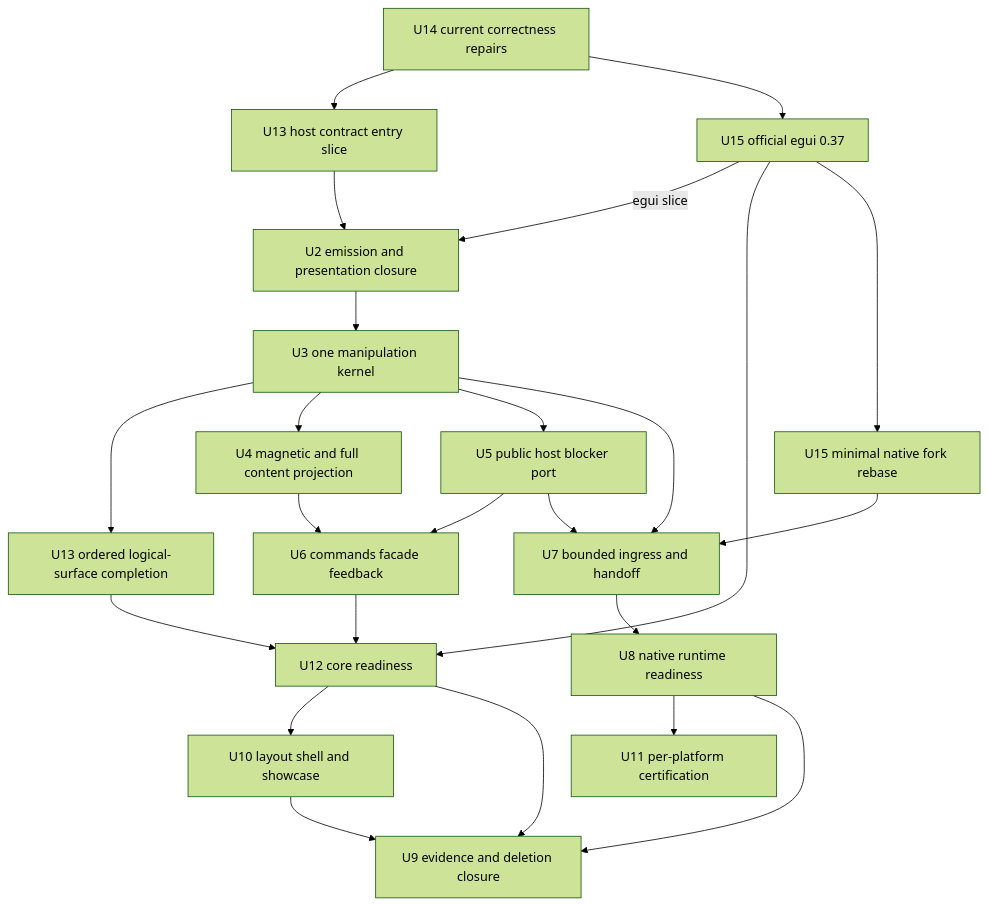
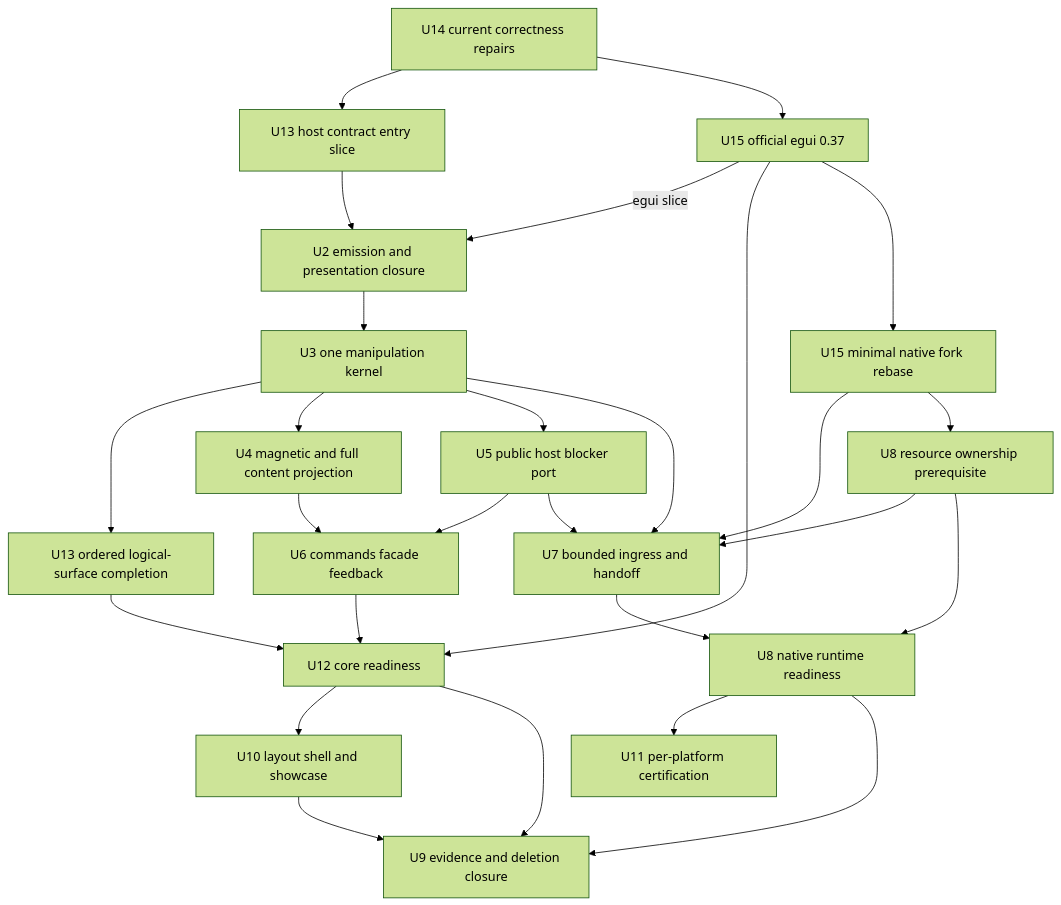
One commit to Latias94/egui_docking changed the fourth of 4 diagrams in docs/plans/2026-08-21-1357-refactor-dockspace-direct-manipulation-experience-plan.md. Above: the diagram before and after it, drawn with Mermaid (forest theme). The commit also changed other lines of this file and 1 other file, not shown here.

Commit message:
docs(native): qualify ingress storage and sequence terminal ownership

````diff
--- a/docs/plans/2026-08-21-1357-refactor-dockspace-direct-manipulation-experience-plan.md
+++ b/docs/plans/2026-08-21-1357-refactor-dockspace-direct-manipulation-experience-plan.md
@@ -353,26 +353,29 @@
 ```mermaid
 flowchart TB
   U14[U14 current correctness repairs] --> U13[U13 host contract entry slice]
   U14 --> U15A[U15 official egui 0.37]
   U13 --> U2[U2 emission and presentation closure]
   U3 --> U13B[U13 ordered logical-surface completion]
   U15A -->|egui slice| U2
   U2 --> U3[U3 one manipulation kernel]
   U3 --> U4[U4 magnetic and full content projection]
   U3 --> U5[U5 public host blocker port]
   U4 --> U6[U6 commands facade feedback]
   U5 --> U6
   U6 --> U12[U12 core readiness]
   U13B --> U12
   U15A --> U12
   U12 --> U10[U10 layout shell and showcase]
   U3 --> U7[U7 bounded ingress and handoff]
   U5 --> U7
   U15A --> U15B[U15 minimal native fork rebase]
   U15B --> U7
+  U15B --> U8A[U8 resource ownership prerequisite]
+  U8A --> U7
   U7 --> U8[U8 native runtime readiness]
+  U8A --> U8
   U8 --> U11[U11 per-platform certification]
   U12 --> U9[U9 evidence and deletion closure]
   U10 --> U9
   U8 --> U9
 ```
````
